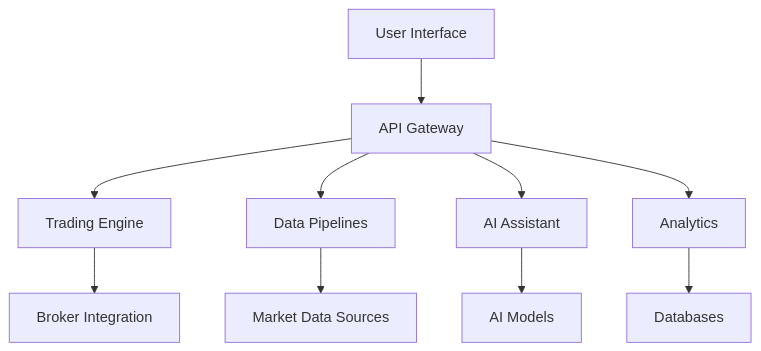
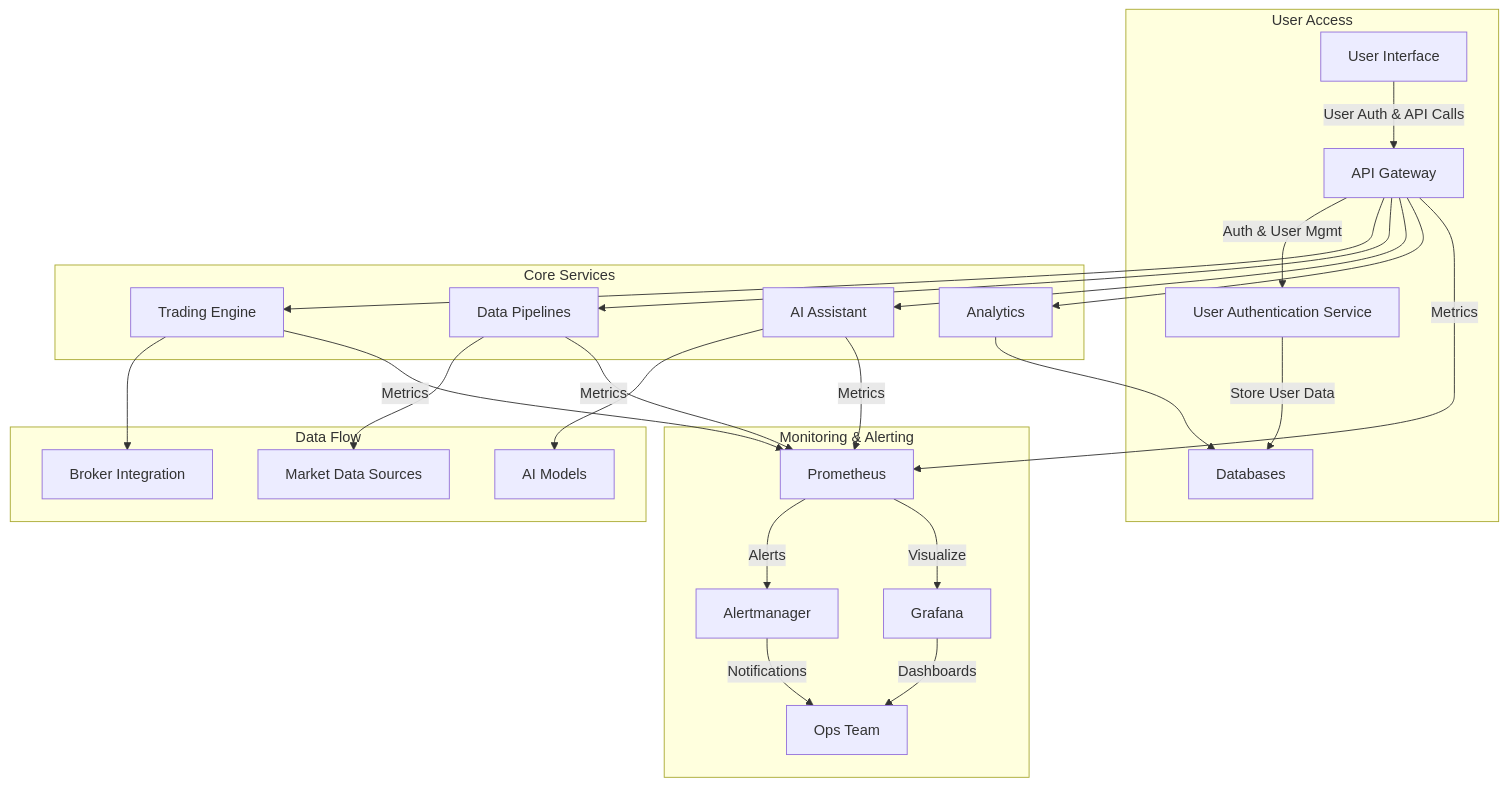
Before and after one commit to vincentspereira/Algorithmic-Trading-System: the second of 5 diagrams in docs/14. User Documentation - Algorithmic Trading System.markdown, drawn with Mermaid. The commit also changed other lines of this file and 59 other files, not shown here.

````diff
--- a/docs/14. User Documentation - Algorithmic Trading System.markdown
+++ b/docs/14. User Documentation - Algorithmic Trading System.markdown
@@ -91,12 +125,33 @@
 ```mermaid
 graph TD
-    A[User Interface] --> B[API Gateway]
-    B --> C[Trading Engine]
-    B --> D[Data Pipelines]
-    B --> E[AI Assistant]
-    B --> F[Analytics]
-    C --> G[Broker Integration]
-    D --> H[Market Data Sources]
-    E --> I[AI Models]
-    F --> J[Databases]
+    subgraph User Access
+        A[User Interface] -->|User Auth & API Calls| B[API Gateway]
+        B -->|Auth & User Mgmt| C[User Authentication Service]
+        C -->|Store User Data| D[Databases]
+    end
+
+    subgraph Core Services
+        B --> E[Trading Engine]
+        B --> F[Data Pipelines]
+        B --> G[AI Assistant]
+        B --> H[Analytics]
+    end
+
+    subgraph Data Flow
+        E --> I[Broker Integration]
+        F --> J[Market Data Sources]
+        G --> K[AI Models]
+        H --> D
+    end
+
+    subgraph Monitoring & Alerting
+        E -->|Metrics| L[Prometheus]
+        F -->|Metrics| L
+        G -->|Metrics| L
+        B -->|Metrics| L
+        L -->|Alerts| M[Alertmanager]
+        M -->|Notifications| N[Ops Team]
+        L -->|Visualize| O[Grafana]
+        O -->|Dashboards| N
+    end
 ```
````
